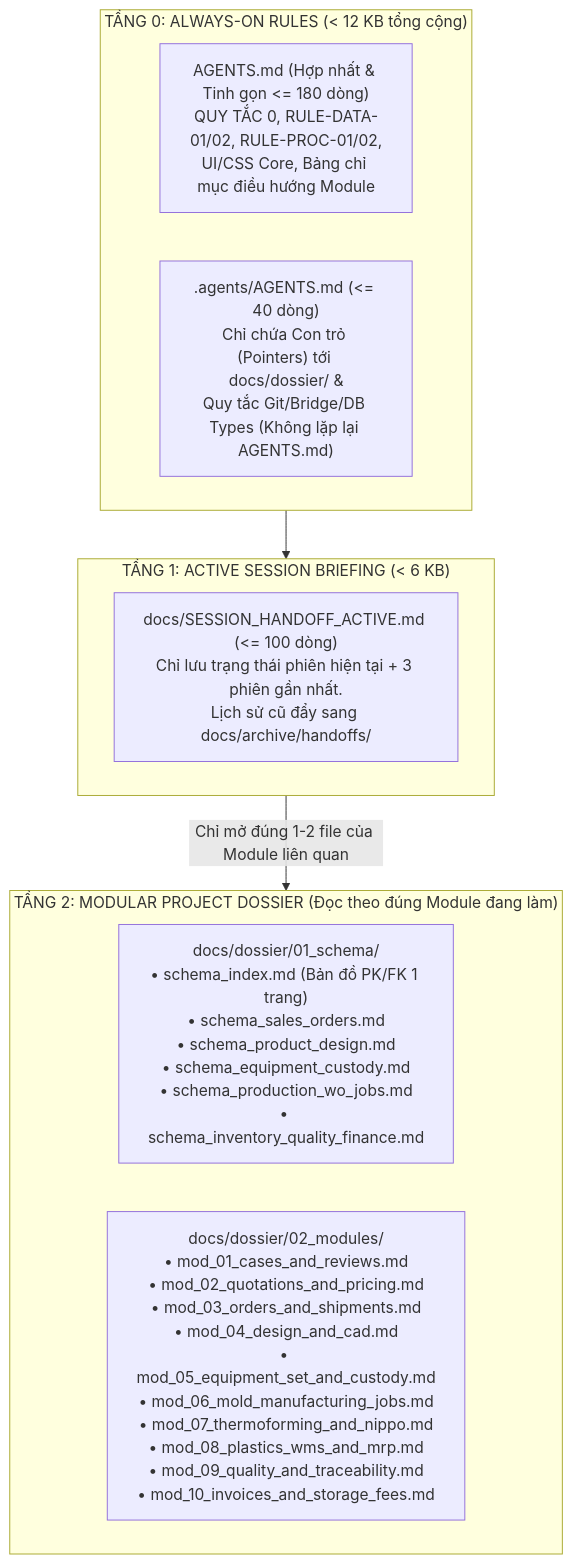
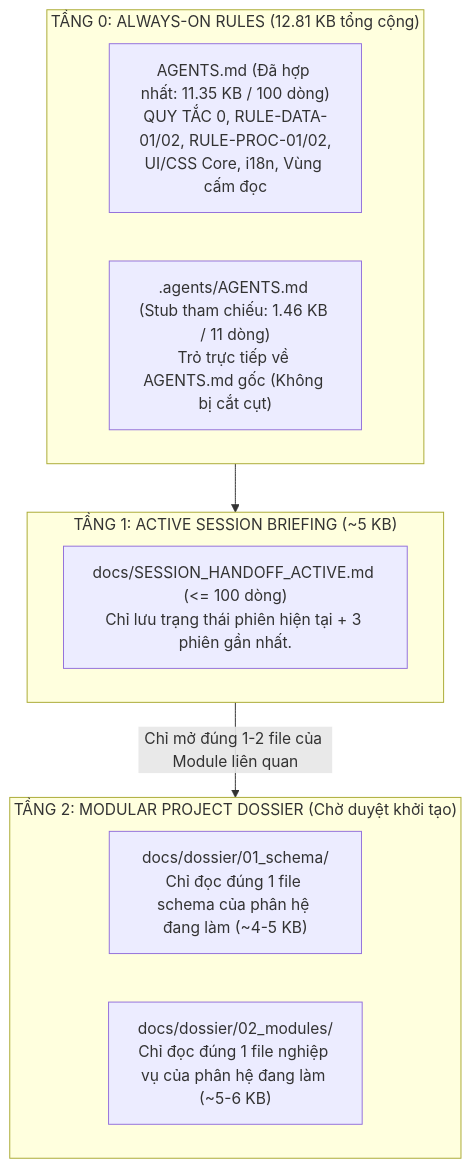
The diagram in docs/master_plan_v2/00_INDEX_AND_MODULAR_ARCHITECTURE.md (toanysd/ysdms-next), drawn with Mermaid before and after one commit. The commit also changed other lines of this file and 3 other files, not shown here.

Commit message:
docs(master-plan-v2): update Option C join mechanism and verified information_schema table list per PE audit

````diff
--- a/docs/master_plan_v2/00_INDEX_AND_MODULAR_ARCHITECTURE.md
+++ b/docs/master_plan_v2/00_INDEX_AND_MODULAR_ARCHITECTURE.md
@@ -64,19 +65,19 @@
 ```mermaid
 flowchart TD
-    subgraph T0["TẦNG 0: ALWAYS-ON RULES (< 12 KB tổng cộng)"]
-        A1["AGENTS.md (Hợp nhất & Tinh gọn <= 180 dòng)\nQUY TẮC 0, RULE-DATA-01/02, RULE-PROC-01/02,\nUI/CSS Core, Bảng chỉ mục điều hướng Module"]
-        A2[".agents/AGENTS.md (<= 40 dòng)\nChỉ chứa Con trỏ (Pointers) tới docs/dossier/ &\nQuy tắc Git/Bridge/DB Types (Không lặp lại AGENTS.md)"]
+    subgraph T0["TẦNG 0: ALWAYS-ON RULES (12.81 KB tổng cộng)"]
+        A1["AGENTS.md (Đã hợp nhất: 11.35 KB / 100 dòng)\nQUY TẮC 0, RULE-DATA-01/02, RULE-PROC-01/02,\nUI/CSS Core, i18n, Vùng cấm đọc"]
+        A2[".agents/AGENTS.md (Stub tham chiếu: 1.46 KB / 11 dòng)\nTrỏ trực tiếp về AGENTS.md gốc (Không bị cắt cụt)"]
     end
 
-    subgraph T1["TẦNG 1: ACTIVE SESSION BRIEFING (< 6 KB)"]
-        B1["docs/SESSION_HANDOFF_ACTIVE.md (<= 100 dòng)\nChỉ lưu trạng thái phiên hiện tại + 3 phiên gần nhất.\nLịch sử cũ đẩy sang docs/archive/handoffs/"]
+    subgraph T1["TẦNG 1: ACTIVE SESSION BRIEFING (~5 KB)"]
+        B1["docs/SESSION_HANDOFF_ACTIVE.md (<= 100 dòng)\nChỉ lưu trạng thái phiên hiện tại + 3 phiên gần nhất."]
     end
 
-    subgraph T2["TẦNG 2: MODULAR PROJECT DOSSIER (Đọc theo đúng Module đang làm)"]
-        C1["docs/dossier/01_schema/\n• schema_index.md (Bản đồ PK/FK 1 trang)\n• schema_sales_orders.md\n• schema_product_design.md\n• schema_equipment_custody.md\n• schema_production_wo_jobs.md\n• schema_inventory_quality_finance.md"]
-        C2["docs/dossier/02_modules/\n• mod_01_cases_and_reviews.md\n• mod_02_quotations_and_pricing.md\n• mod_03_orders_and_shipments.md\n• mod_04_design_and_cad.md\n• mod_05_equipment_set_and_custody.md\n• mod_06_mold_manufacturing_jobs.md\n• mod_07_thermoforming_and_nippo.md\n• mod_08_plastics_wms_and_mrp.md\n• mod_09_quality_and_traceability.md\n• mod_10_invoices_and_storage_fees.md"]
+    subgraph T2["TẦNG 2: MODULAR PROJECT DOSSIER (Chờ duyệt khởi tạo)"]
+        C1["docs/dossier/01_schema/\nChỉ đọc đúng 1 file schema của phân hệ đang làm (~4-5 KB)"]
+        C2["docs/dossier/02_modules/\nChỉ đọc đúng 1 file nghiệp vụ của phân hệ đang làm (~5-6 KB)"]
     end
 
     T0 --> T1
     T1 -->|"Chỉ mở đúng 1-2 file của Module liên quan"| T2
 ```
````
